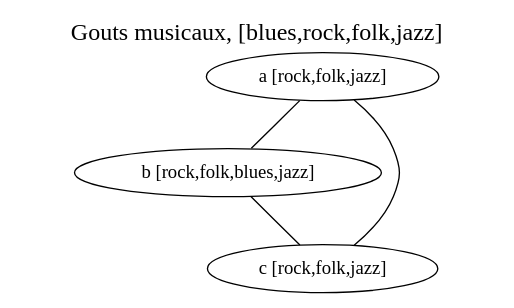
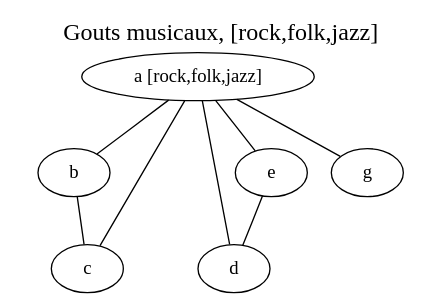
One commit to ludonx/prolog changed the diagram in Ga_test_etoile.dot. Above: the diagram before and after it, drawn with Graphviz. The commit also changed 52 other files, not shown here.

```diff
--- a/Ga_test_etoile.dot
+++ b/Ga_test_etoile.dot
@@ -1,11 +1,13 @@
 Graph {
   labelloc=top;
   fontsize=18;
-  label="Gouts musicaux, [blues,rock,folk,jazz]";
+  label="Gouts musicaux, [rock,folk,jazz]";
   a [label="a [rock,folk,jazz]"];
-  b [label="b [rock,folk,blues,jazz]"];
-  c [label="c [rock,folk,jazz]"];
   a -- b;
   a -- c;
+  a -- d;
+  a -- e;
   b -- c;
+  e -- d;
+  a -- g;
 }
```
